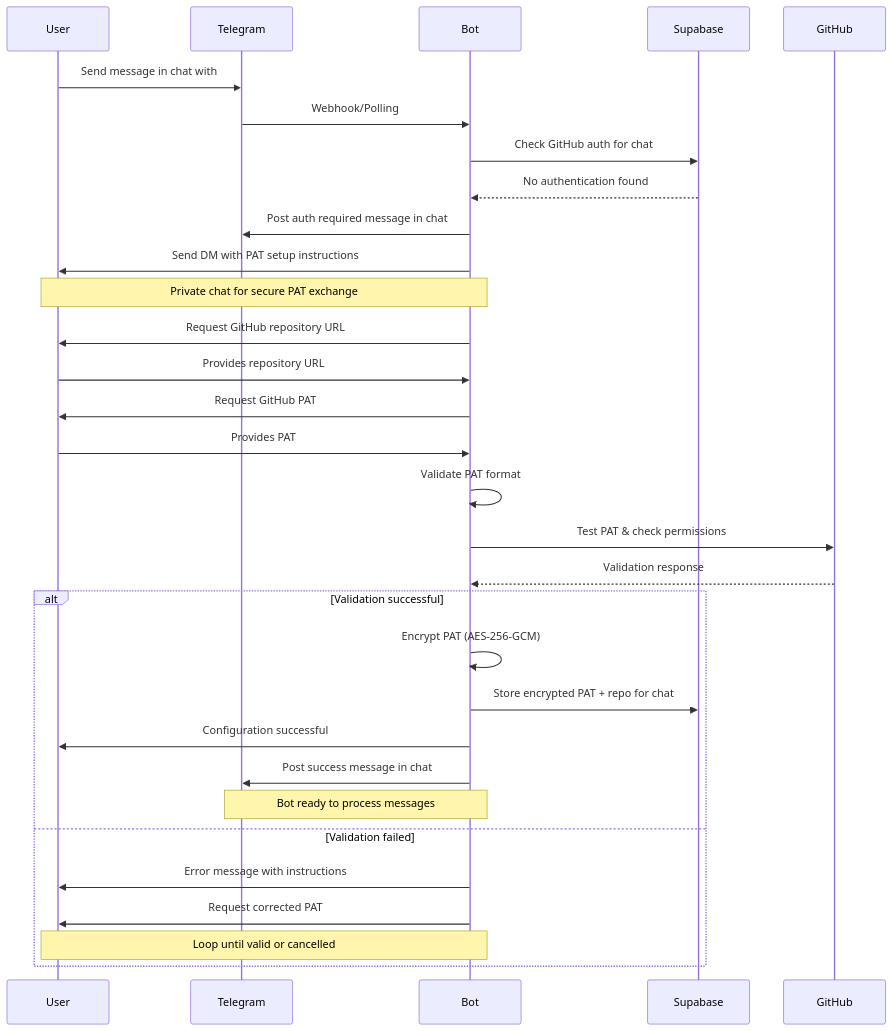
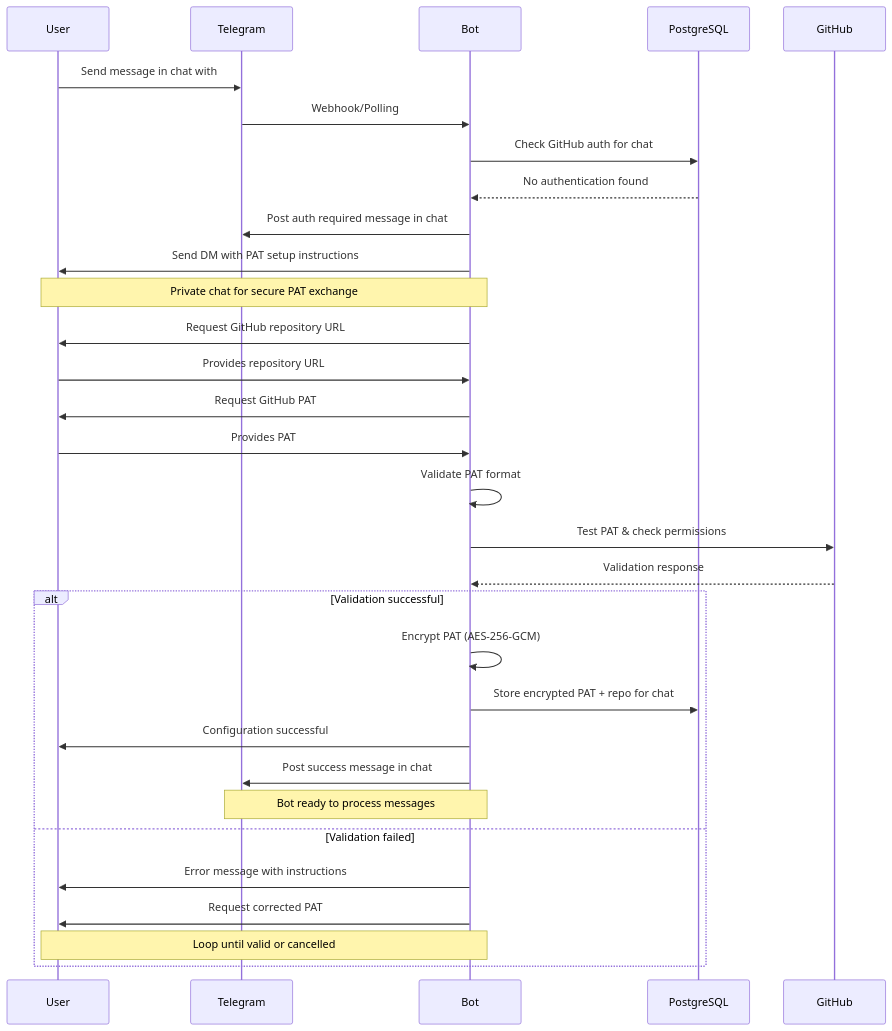
One commit to majus/telegit changed the third of 11 diagrams in PRD.md. Above: the diagram before and after it, drawn with Mermaid. The commit also changed other lines of this file and 2 other files, not shown here.

First line of the commit message:
Replace Supabase with PostgreSQL for data persistence (#14)

````diff
--- a/PRD.md
+++ b/PRD.md
@@ -120,38 +120,38 @@
 ```mermaid
 sequenceDiagram
     participant User
     participant Telegram
     participant Bot
-    participant Supabase
+    participant PostgreSQL
     participant GitHub
 
     User->>Telegram: Send message in chat with #tag/@mention
     Telegram->>Bot: Webhook/Polling
-    Bot->>Supabase: Check GitHub auth for chat
-    Supabase-->>Bot: No authentication found
+    Bot->>PostgreSQL: Check GitHub auth for chat
+    PostgreSQL-->>Bot: No authentication found
 
     Bot->>Telegram: Post auth required message in chat
     Bot->>User: Send DM with PAT setup instructions
     Note over Bot,User: Private chat for secure PAT exchange
 
     Bot->>User: Request GitHub repository URL
     User->>Bot: Provides repository URL
     Bot->>User: Request GitHub PAT
     User->>Bot: Provides PAT
 
     Bot->>Bot: Validate PAT format
     Bot->>GitHub: Test PAT & check permissions
     GitHub-->>Bot: Validation response
 
     alt Validation successful
         Bot->>Bot: Encrypt PAT (AES-256-GCM)
-        Bot->>Supabase: Store encrypted PAT + repo for chat
+        Bot->>PostgreSQL: Store encrypted PAT + repo for chat
         Bot->>User: Configuration successful
         Bot->>Telegram: Post success message in chat
         Note over Bot,Telegram: Bot ready to process messages
     else Validation failed
         Bot->>User: Error message with instructions
         Bot->>User: Request corrected PAT
         Note over Bot,User: Loop until valid or cancelled
     end
 ```
````
